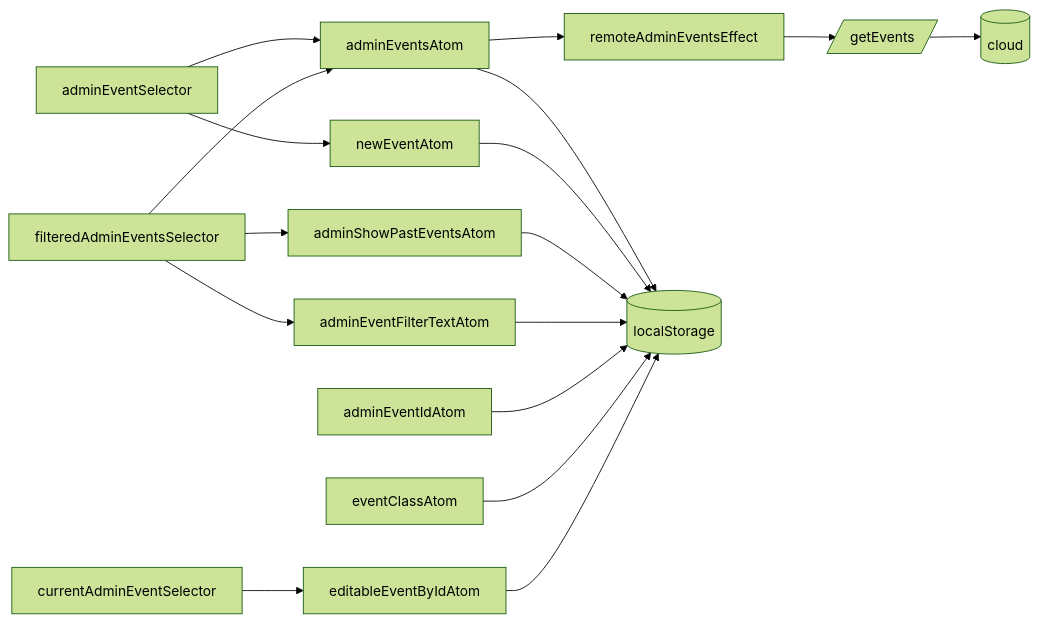
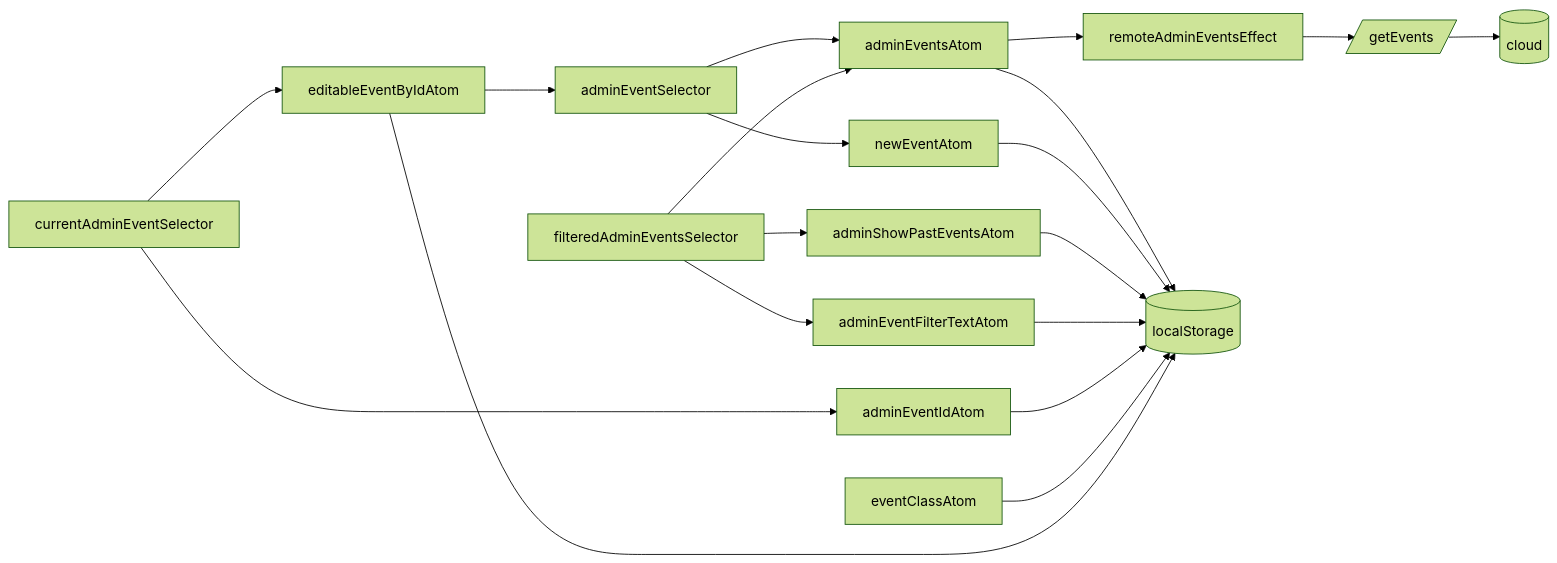
Before and after one commit to koekalenteri/koekalenteri: the first of 4 diagrams in koekalenteri-frontend/src/pages/admin/recoil/README.md, drawn with Mermaid (forest theme). The commit also changed 46 other files, not shown here.

````diff
--- a/koekalenteri-frontend/src/pages/admin/recoil/README.md
+++ b/koekalenteri-frontend/src/pages/admin/recoil/README.md
@@ -7,25 +7,27 @@
 ```mermaid
 graph LR
   adminEventsAtom-->remoteAdminEventsEffect
   adminEventsAtom-->storageEffect
   newEventAtom-->storageEffect
   adminShowPastEventsAtom-->storageEffect
   adminEventFilterTextAtom-->storageEffect
   adminEventIdAtom-->storageEffect
   eventClassAtom-->storageEffect
   editableEventByIdAtom-->storageEffect
+  editableEventByIdAtom-->adminEventSelector
 
   storageEffect[(localStorage)]
   remoteAdminEventsEffect-->getEvents[/getEvents/]-->aws
 
   adminEventSelector-->newEventAtom
   adminEventSelector-->adminEventsAtom
 
   currentAdminEventSelector-->editableEventByIdAtom
+  currentAdminEventSelector-->adminEventIdAtom
 
   filteredAdminEventsSelector-->adminEventsAtom
   filteredAdminEventsSelector-->adminEventFilterTextAtom
   filteredAdminEventsSelector-->adminShowPastEventsAtom
 
   aws[(cloud)]
 ```
````
